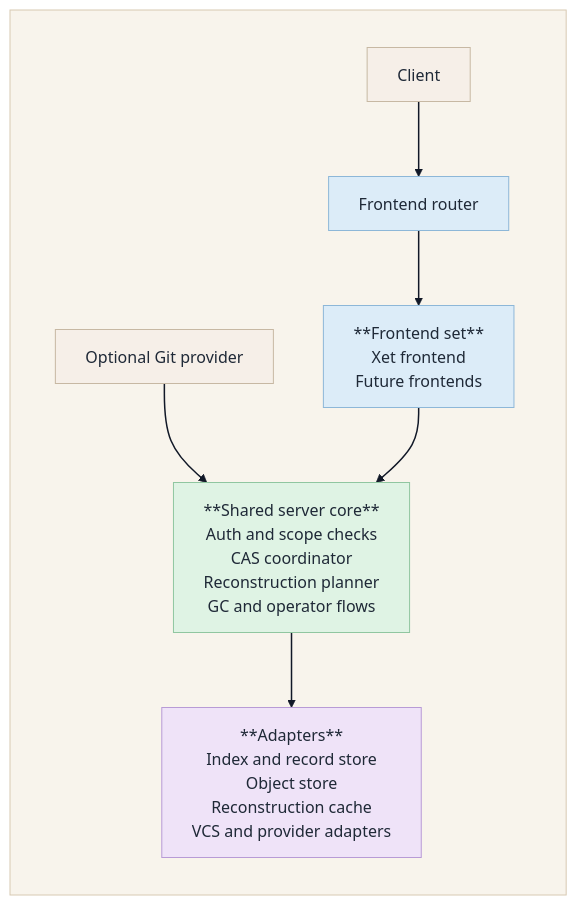
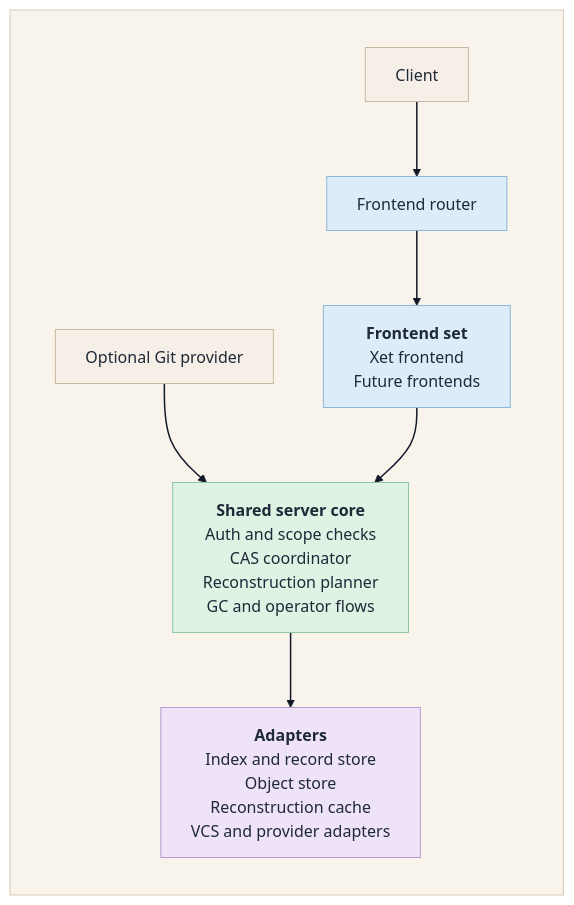
One commit to STEXS-Technologies/shardline changed the first of 2 diagrams in README.md. Above: the diagram before and after it, drawn with Mermaid (neutral theme). The commit also changed 1 other file, not shown here.

Commit message:
docs: fix mermaid bold label rendering

````diff
--- a/README.md
+++ b/README.md
@@ -77,29 +77,29 @@
 ```mermaid
 flowchart TD
   subgraph Canvas[ ]
     direction TD
     Client[Client]
     Provider[Optional Git provider]
     Router[Frontend router]
-    Frontends["**Frontend set**<br/>Xet frontend<br/>Future frontends"]
-    Core["**Shared server core**<br/>Auth and scope checks<br/>CAS coordinator<br/>Reconstruction planner<br/>GC and operator flows"]
-    Adapters["**Adapters**<br/>Index and record store<br/>Object store<br/>Reconstruction cache<br/>VCS and provider adapters"]
+    Frontends["<b>Frontend set</b><br/>Xet frontend<br/>Future frontends"]
+    Core["<b>Shared server core</b><br/>Auth and scope checks<br/>CAS coordinator<br/>Reconstruction planner<br/>GC and operator flows"]
+    Adapters["<b>Adapters</b><br/>Index and record store<br/>Object store<br/>Reconstruction cache<br/>VCS and provider adapters"]
   end
 
   Client --> Router
   Provider --> Core
   Router --> Frontends
   Frontends --> Core
   Core --> Adapters
 
   classDef neutral fill:#f6efe8,stroke:#c7b8a3,color:#1f2937;
   classDef frontend fill:#dcecf8,stroke:#8db7d8,color:#1f2937;
   classDef core fill:#dff3e4,stroke:#90c6a0,color:#1f2937;
   classDef adapter fill:#efe3f8,stroke:#b89bd6,color:#1f2937;
   style Canvas fill:#f8f4ec,stroke:#d7c9b2,color:#1f2937;
   class Client,Provider neutral;
   class Router,Frontends frontend;
   class Core core;
   class Adapters adapter;
   linkStyle default stroke:#111827,stroke-width:1.5px;
 ```
````
